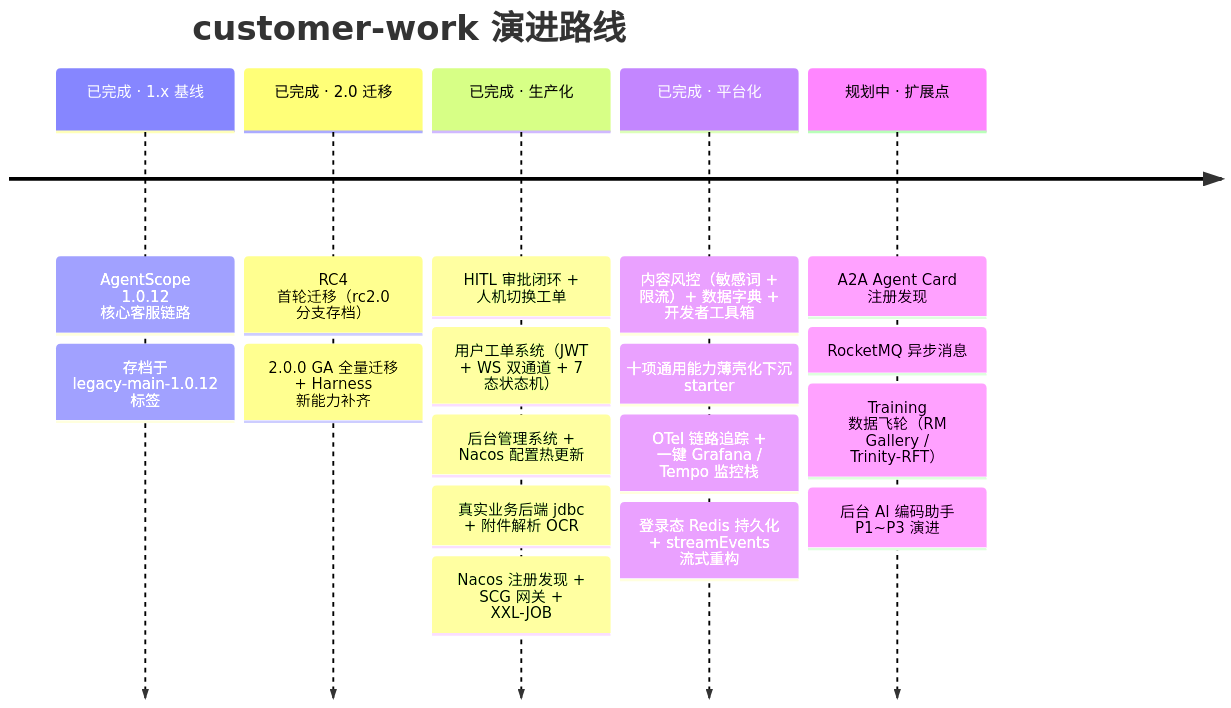
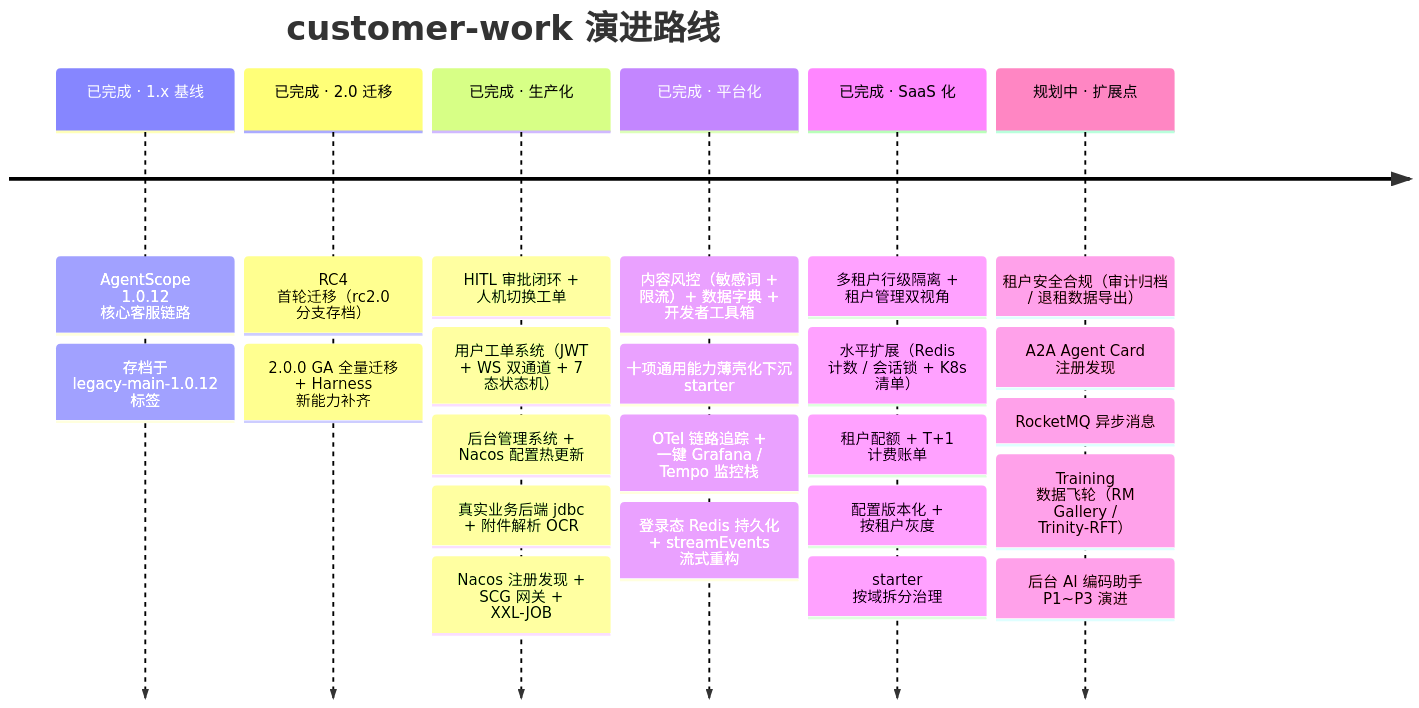
The fifth of 5 diagrams in README.md (liulangjietou/customer_work), drawn with Mermaid before and after one commit. The commit also changed other lines of this file and 1 other file, not shown here.

First line of the commit message:
docs(readme): 补齐 SaaS 化批次内容并修正章节编号

````diff
--- a/README.md
+++ b/README.md
@@ -240,9 +247,10 @@
 ```mermaid
 timeline
     title customer-work 演进路线
     已完成 · 1.x 基线 : AgentScope 1.0.12 核心客服链路 : 存档于 legacy-main-1.0.12 标签
     已完成 · 2.0 迁移 : RC4 首轮迁移（rc2.0 分支存档） : 2.0.0 GA 全量迁移 + Harness 新能力补齐
     已完成 · 生产化 : HITL 审批闭环 + 人机切换工单 : 用户工单系统（JWT + WS 双通道 + 7 态状态机） : 后台管理系统 + Nacos 配置热更新 : 真实业务后端 jdbc + 附件解析 OCR : Nacos 注册发现 + SCG 网关 + XXL-JOB
     已完成 · 平台化 : 内容风控（敏感词 + 限流）+ 数据字典 + 开发者工具箱 : 十项通用能力薄壳化下沉 starter : OTel 链路追踪 + 一键 Grafana / Tempo 监控栈 : 登录态 Redis 持久化 + streamEvents 流式重构
-    规划中 · 扩展点 : A2A Agent Card 注册发现 : RocketMQ 异步消息 : Training 数据飞轮（RM Gallery / Trinity-RFT） : 后台 AI 编码助手 P1~P3 演进
+    已完成 · SaaS 化 : 多租户行级隔离 + 租户管理双视角 : 水平扩展（Redis 计数 / 会话锁 + K8s 清单） : 租户配额 + T+1 计费账单 : 配置版本化 + 按租户灰度 : starter 按域拆分治理
+    规划中 · 扩展点 : 租户安全合规（审计归档 / 退租数据导出） : A2A Agent Card 注册发现 : RocketMQ 异步消息 : Training 数据飞轮（RM Gallery / Trinity-RFT） : 后台 AI 编码助手 P1~P3 演进
 ```
````
